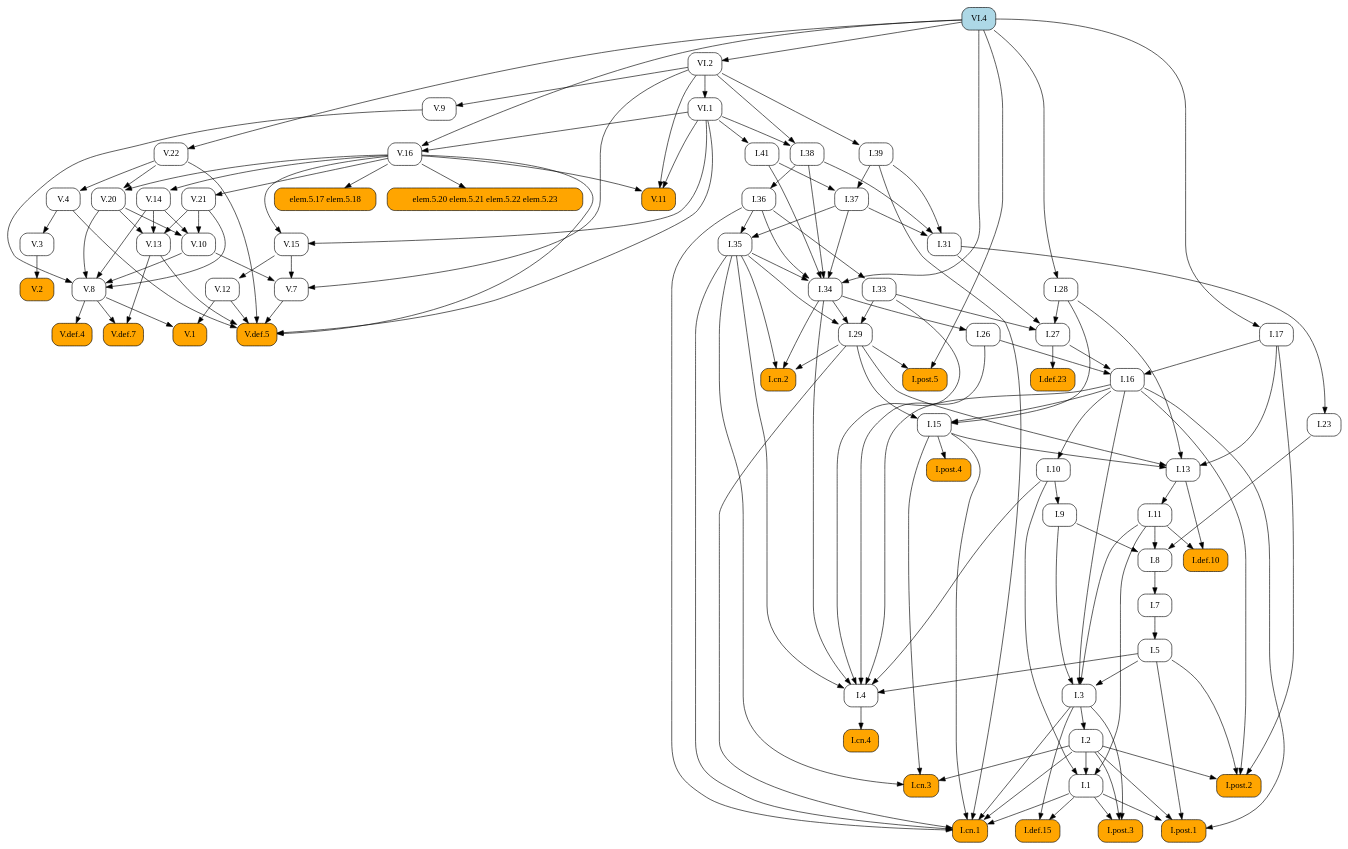
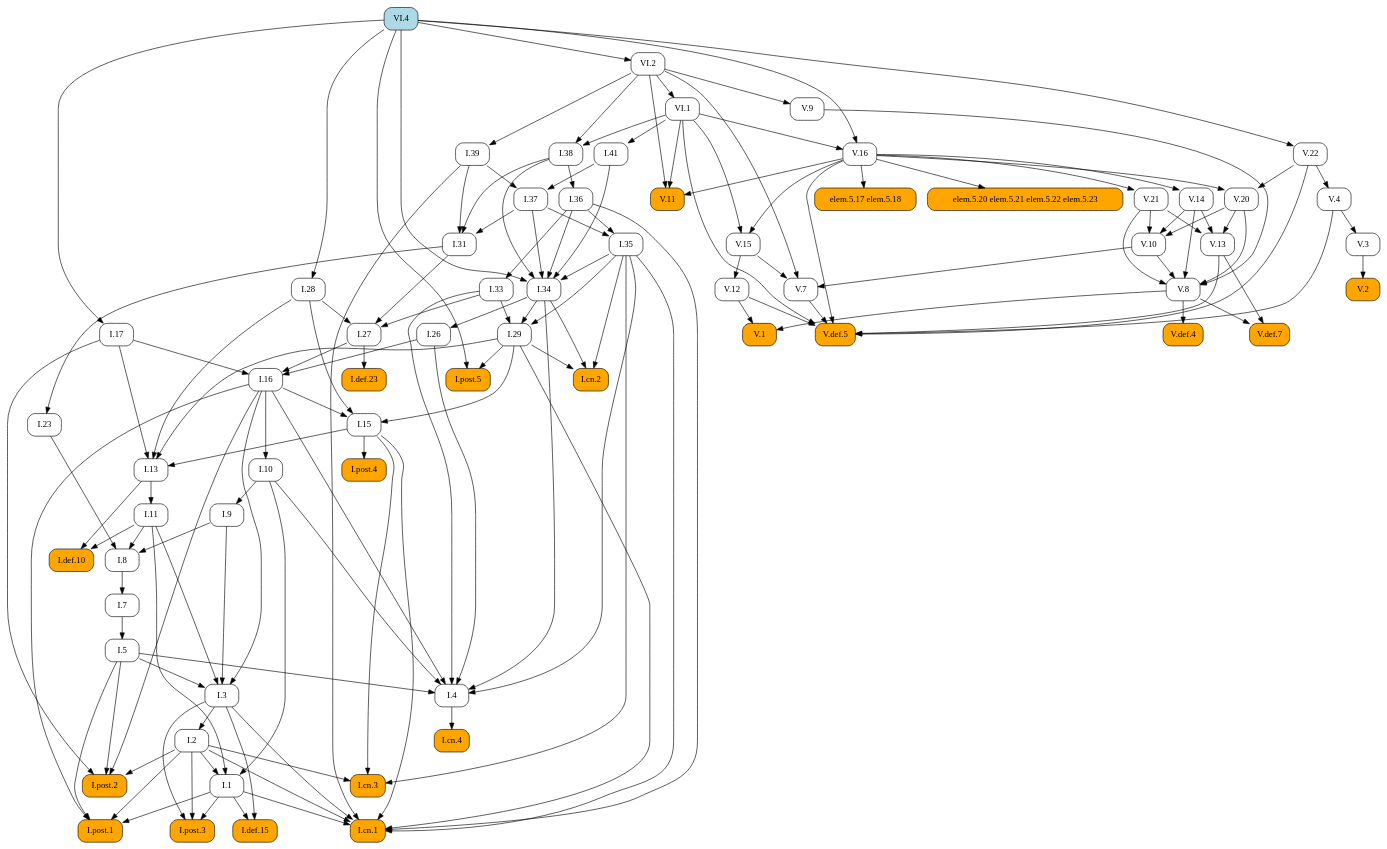
The diagram in docsrc/elements2/VI/4/index.rst (geometor/elements), drawn with Graphviz before and after one commit. The commit also changed other lines of this file and 409 other files, not shown here.

First line of the commit message:
feat: Add image cropping and graphic extraction script

```diff
--- a/docsrc/elements2/VI/4/index.rst
+++ b/docsrc/elements2/VI/4/index.rst
@@ -88,185 +88,91 @@
    digraph {
      rankdir="TB";
      node [shape=box, style=rounded];
-     "V.20" [URL="/elements2/V/20/", target="_top"];
+     "I.31" [URL="/elements2/I/31/", target="_top"];
+     "I.41" [URL="/elements2/I/41/", target="_top"];
+     "V.10" [URL="/elements2/V/10/", target="_top"];
      "I.8" [URL="/elements2/I/8/", target="_top"];
+     "I.15" [URL="/elements2/I/15/", target="_top"];
+     "VI.1" [URL="/elements2/VI/1/", target="_top"];
+     "V.8" [URL="/elements2/V/8/", target="_top"];
+     "I.26" [URL="/elements2/I/26/", target="_top"];
+     "I.cn.1" [style="rounded,filled", fillcolor=orange, URL="/elements2/I/cn.1/", target="_top"];
+     "elem.5.20 elem.5.21 elem.5.22 elem.5.23" [style="rounded,filled", fillcolor=orange];
+     "I.28" [URL="/elements2/I/28/", target="_top"];
+     "V.def.5" [style="rounded,filled", fillcolor=orange, URL="/elements2/V/def.5/", target="_top"];
+     "I.16" [URL="/elements2/I/16/", target="_top"];
+     "I.35" [URL="/elements2/I/35/", target="_top"];
+     "I.34" [URL="/elements2/I/34/", target="_top"];
+     "VI.4" [style="rounded,filled", fillcolor=lightblue, URL="/elements2/VI/4/", target="_top"];
+     "I.33" [URL="/elements2/I/33/", target="_top"];
+     "V.15" [URL="/elements2/V/15/", target="_top"];
+     "V.4" [URL="/elements2/V/4/", target="_top"];
+     "V.14" [URL="/elements2/V/14/", target="_top"];
+     "elem.5.17 elem.5.18" [style="rounded,filled", fillcolor=orange];
+     "V.3" [URL="/elements2/V/3/", target="_top"];
+     "I.def.15" [style="rounded,filled", fillcolor=orange, URL="/elements2/I/def.15/", target="_top"];
+     "I.11" [URL="/elements2/I/11/", target="_top"];
+     "V.11" [style="rounded,filled", fillcolor=orange, URL="/elements2/V/11/", target="_top"];
+     "I.cn.3" [style="rounded,filled", fillcolor=orange, URL="/elements2/I/cn.3/", target="_top"];
+     "I.9" [URL="/elements2/I/9/", target="_top"];
+     "I.29" [URL="/elements2/I/29/", target="_top"];
+     "V.13" [URL="/elements2/V/13/", target="_top"];
      "I.36" [URL="/elements2/I/36/", target="_top"];
-     "V.def.5" [style="rounded,filled", fillcolor=orange, URL="/elements2/V/def.5/", target="_top"];
-     "V.def.7" [style="rounded,filled", fillcolor=orange, URL="/elements2/V/def.7/", target="_top"];
-     "I.38" [URL="/elements2/I/38/", target="_top"];
-     "I.post.5" [style="rounded,filled", fillcolor=orange, URL="/elements2/I/post.5/", target="_top"];
-     "I.def.10" [style="rounded,filled", fillcolor=orange, URL="/elements2/I/def.10/", target="_top"];
-     "I.cn.2" [style="rounded,filled", fillcolor=orange, URL="/elements2/I/cn.2/", target="_top"];
-     "I.31" [URL="/elements2/I/31/", target="_top"];
-     "I.post.2" [style="rounded,filled", fillcolor=orange, URL="/elements2/I/post.2/", target="_top"];
-     "I.def.23" [style="rounded,filled", fillcolor=orange, URL="/elements2/I/def.23/", target="_top"];
-     "I.26" [URL="/elements2/I/26/", target="_top"];
-     "V.3" [URL="/elements2/V/3/", target="_top"];
-     "I.cn.3" [style="rounded,filled", fillcolor=orange, URL="/elements2/I/cn.3/", target="_top"];
-     "V.2" [style="rounded,filled", fillcolor=orange, URL="/elements2/V/2/", target="_top"];
-     "V.12" [URL="/elements2/V/12/", target="_top"];
-     "V.22" [URL="/elements2/V/22/", target="_top"];
-     "I.41" [URL="/elements2/I/41/", target="_top"];
-     "I.35" [URL="/elements2/I/35/", target="_top"];
-     "I.28" [URL="/elements2/I/28/", target="_top"];
-     "I.27" [URL="/elements2/I/27/", target="_top"];
-     "I.4" [URL="/elements2/I/4/", target="_top"];
-     "V.8" [URL="/elements2/V/8/", target="_top"];
-     "VI.2" [URL="/elements2/VI/2/", target="_top"];
-     "I.39" [URL="/elements2/I/39/", target="_top"];
-     "I.15" [URL="/elements2/I/15/", target="_top"];
-     "I.34" [URL="/elements2/I/34/", target="_top"];
-     "I.post.3" [style="rounded,filled", fillcolor=orange, URL="/elements2/I/post.3/", target="_top"];
      "I.post.1" [style="rounded,filled", fillcolor=orange, URL="/elements2/I/post.1/", target="_top"];
      "V.def.4" [style="rounded,filled", fillcolor=orange, URL="/elements2/V/def.4/", target="_top"];
-     "I.33" [URL="/elements2/I/33/", target="_top"];
+     "VI.2" [URL="/elements2/VI/2/", target="_top"];
+     "I.27" [URL="/elements2/I/27/", target="_top"];
+     "V.1" [style="rounded,filled", fillcolor=orange, URL="/elements2/V/1/", target="_top"];
+     "I.cn.4" [style="rounded,filled", fillcolor=orange, URL="/elements2/I/cn.4/", target="_top"];
+     "I.post.4" [style="rounded,filled", fillcolor=orange, URL="/elements2/I/post.4/", target="_top"];
+     "I.cn.2" [style="rounded,filled", fillcolor=orange, URL="/elements2/I/cn.2/", target="_top"];
+     "V.7" [URL="/elements2/V/7/", target="_top"];
+     "I.37" [URL="/elements2/I/37/", target="_top"];
+     "V.21" [URL="/elements2/V/21/", target="_top"];
      "I.5" [URL="/elements2/I/5/", target="_top"];
-     "elem.5.17 elem.5.18" [style="rounded,filled", fillcolor=orange];
-     "VI.1" [URL="/elements2/VI/1/", target="_top"];
-     "V.11" [style="rounded,filled", fillcolor=orange, URL="/elements2/V/11/", target="_top"];
-     "V.13" [URL="/elements2/V/13/", target="_top"];
+     "V.def.7" [style="rounded,filled", fillcolor=orange, URL="/elements2/V/def.7/", target="_top"];
+     "I.17" [URL="/elements2/I/17/", target="_top"];
+     "V.12" [URL="/elements2/V/12/", target="_top"];
+     "I.7" [URL="/elements2/I/7/", target="_top"];
+     "I.23" [URL="/elements2/I/23/", target="_top"];
      "V.9" [URL="/elements2/V/9/", target="_top"];
+     "V.2" [style="rounded,filled", fillcolor=orange, URL="/elements2/V/2/", target="_top"];
+     "I.38" [URL="/elements2/I/38/", target="_top"];
+     "V.20" [URL="/elements2/V/20/", target="_top"];
+     "I.def.10" [style="rounded,filled", fillcolor=orange, URL="/elements2/I/def.10/", target="_top"];
+     "I.def.23" [style="rounded,filled", fillcolor=orange, URL="/elements2/I/def.23/", target="_top"];
      "V.16" [URL="/elements2/V/16/", target="_top"];
-     "I.def.15" [style="rounded,filled", fillcolor=orange, URL="/elements2/I/def.15/", target="_top"];
-     "V.15" [URL="/elements2/V/15/", target="_top"];
-     "I.11" [URL="/elements2/I/11/", target="_top"];
+     "I.post.5" [style="rounded,filled", fillcolor=orange, URL="/elements2/I/post.5/", target="_top"];
      "I.3" [URL="/elements2/I/3/", target="_top"];
-     "V.14" [URL="/elements2/V/14/", target="_top"];
-     "V.10" [URL="/elements2/V/10/", target="_top"];
-     "VI.4" [style="rounded,filled", fillcolor=lightblue, URL="/elements2/VI/4/", target="_top"];
+     "I.10" [URL="/elements2/I/10/", target="_top"];
+     "I.13" [URL="/elements2/I/13/", target="_top"];
+     "I.4" [URL="/elements2/I/4/", target="_top"];
+     "I.post.3" [style="rounded,filled", fillcolor=orange, URL="/elements2/I/post.3/", target="_top"];
+     "I.39" [URL="/elements2/I/39/", target="_top"];
+     "I.2" [URL="/elements2/I/2/", target="_top"];
      "I.1" [URL="/elements2/I/1/", target="_top"];
-     "I.cn.4" [style="rounded,filled", fillcolor=orange, URL="/elements2/I/cn.4/", target="_top"];
-     "I.7" [URL="/elements2/I/7/", target="_top"];
-     "I.17" [URL="/elements2/I/17/", target="_top"];
-     "I.9" [URL="/elements2/I/9/", target="_top"];
-     "V.7" [URL="/elements2/V/7/", target="_top"];
-     "I.cn.1" [style="rounded,filled", fillcolor=orange, URL="/elements2/I/cn.1/", target="_top"];
-     "I.29" [URL="/elements2/I/29/", target="_top"];
-     "I.16" [URL="/elements2/I/16/", target="_top"];
-     "V.21" [URL="/elements2/V/21/", target="_top"];
-     "I.13" [URL="/elements2/I/13/", target="_top"];
-     "elem.5.20 elem.5.21 elem.5.22 elem.5.23" [style="rounded,filled", fillcolor=orange];
-     "I.post.4" [style="rounded,filled", fillcolor=orange, URL="/elements2/I/post.4/", target="_top"];
-     "V.1" [style="rounded,filled", fillcolor=orange, URL="/elements2/V/1/", target="_top"];
-     "I.2" [URL="/elements2/I/2/", target="_top"];
-     "I.37" [URL="/elements2/I/37/", target="_top"];
-     "I.10" [URL="/elements2/I/10/", target="_top"];
-     "I.23" [URL="/elements2/I/23/", target="_top"];
-     "V.4" [URL="/elements2/V/4/", target="_top"];
-     "V.16" -> "V.20";
-     "V.22" -> "V.20";
+     "I.post.2" [style="rounded,filled", fillcolor=orange, URL="/elements2/I/post.2/", target="_top"];
+     "V.22" [URL="/elements2/V/22/", target="_top"];
+     "I.37" -> "I.31";
+     "I.38" -> "I.31";
+     "I.39" -> "I.31";
+     "VI.1" -> "I.41";
+     "V.14" -> "V.10";
+     "V.20" -> "V.10";
+     "V.21" -> "V.10";
      "I.9" -> "I.8";
      "I.11" -> "I.8";
      "I.23" -> "I.8";
-     "I.38" -> "I.36";
-     "V.4" -> "V.def.5";
-     "V.7" -> "V.def.5";
-     "V.12" -> "V.def.5";
-     "V.13" -> "V.def.5";
-     "V.16" -> "V.def.5";
-     "V.22" -> "V.def.5";
-     "VI.1" -> "V.def.5";
-     "V.8" -> "V.def.7";
-     "V.13" -> "V.def.7";
-     "VI.1" -> "I.38";
-     "VI.2" -> "I.38";
-     "I.29" -> "I.post.5";
-     "VI.4" -> "I.post.5";
-     "I.11" -> "I.def.10";
-     "I.13" -> "I.def.10";
-     "I.29" -> "I.cn.2";
-     "I.34" -> "I.cn.2";
-     "I.35" -> "I.cn.2";
-     "I.37" -> "I.31";
-     "I.38" -> "I.31";
-     "I.39" -> "I.31";
-     "I.2" -> "I.post.2";
-     "I.5" -> "I.post.2";
-     "I.16" -> "I.post.2";
-     "I.17" -> "I.post.2";
-     "I.27" -> "I.def.23";
-     "I.34" -> "I.26";
-     "V.4" -> "V.3";
-     "I.2" -> "I.cn.3";
-     "I.15" -> "I.cn.3";
-     "I.35" -> "I.cn.3";
-     "V.3" -> "V.2";
-     "V.15" -> "V.12";
-     "VI.4" -> "V.22";
-     "VI.1" -> "I.41";
-     "I.36" -> "I.35";
-     "I.37" -> "I.35";
-     "VI.4" -> "I.28";
-     "I.28" -> "I.27";
-     "I.31" -> "I.27";
-     "I.33" -> "I.27";
-     "I.5" -> "I.4";
-     "I.10" -> "I.4";
-     "I.16" -> "I.4";
-     "I.26" -> "I.4";
-     "I.33" -> "I.4";
-     "I.34" -> "I.4";
-     "I.35" -> "I.4";
+     "I.16" -> "I.15";
+     "I.28" -> "I.15";
+     "I.29" -> "I.15";
+     "VI.2" -> "VI.1";
      "V.9" -> "V.8";
      "V.10" -> "V.8";
      "V.14" -> "V.8";
      "V.20" -> "V.8";
      "V.21" -> "V.8";
-     "VI.4" -> "VI.2";
-     "VI.2" -> "I.39";
-     "I.16" -> "I.15";
-     "I.28" -> "I.15";
-     "I.29" -> "I.15";
-     "I.35" -> "I.34";
-     "I.36" -> "I.34";
-     "I.37" -> "I.34";
-     "I.38" -> "I.34";
-     "I.41" -> "I.34";
-     "VI.4" -> "I.34";
-     "I.1" -> "I.post.3";
-     "I.2" -> "I.post.3";
-     "I.3" -> "I.post.3";
-     "I.1" -> "I.post.1";
-     "I.2" -> "I.post.1";
-     "I.5" -> "I.post.1";
-     "I.16" -> "I.post.1";
-     "V.8" -> "V.def.4";
-     "I.36" -> "I.33";
-     "I.7" -> "I.5";
-     "V.16" -> "elem.5.17 elem.5.18";
-     "VI.2" -> "VI.1";
-     "V.16" -> "V.11";
-     "VI.1" -> "V.11";
-     "VI.2" -> "V.11";
-     "V.14" -> "V.13";
-     "V.20" -> "V.13";
-     "V.21" -> "V.13";
-     "VI.2" -> "V.9";
-     "VI.1" -> "V.16";
-     "VI.4" -> "V.16";
-     "I.1" -> "I.def.15";
-     "I.3" -> "I.def.15";
-     "V.16" -> "V.15";
-     "VI.1" -> "V.15";
-     "I.13" -> "I.11";
-     "I.5" -> "I.3";
-     "I.9" -> "I.3";
-     "I.11" -> "I.3";
-     "I.16" -> "I.3";
-     "V.16" -> "V.14";
-     "V.14" -> "V.10";
-     "V.20" -> "V.10";
-     "V.21" -> "V.10";
-     "I.2" -> "I.1";
-     "I.10" -> "I.1";
-     "I.11" -> "I.1";
-     "I.4" -> "I.cn.4";
-     "I.8" -> "I.7";
-     "VI.4" -> "I.17";
-     "I.10" -> "I.9";
-     "V.10" -> "V.7";
-     "V.15" -> "V.7";
-     "VI.2" -> "V.7";
+     "I.34" -> "I.26";
      "I.1" -> "I.cn.1";
      "I.2" -> "I.cn.1";
      "I.3" -> "I.cn.1";
@@ -275,25 +181,119 @@
      "I.35" -> "I.cn.1";
      "I.36" -> "I.cn.1";
      "I.39" -> "I.cn.1";
+     "V.16" -> "elem.5.20 elem.5.21 elem.5.22 elem.5.23";
+     "VI.4" -> "I.28";
+     "V.4" -> "V.def.5";
+     "V.7" -> "V.def.5";
+     "V.12" -> "V.def.5";
+     "V.13" -> "V.def.5";
+     "V.16" -> "V.def.5";
+     "V.22" -> "V.def.5";
+     "VI.1" -> "V.def.5";
+     "I.17" -> "I.16";
+     "I.26" -> "I.16";
+     "I.27" -> "I.16";
+     "I.36" -> "I.35";
+     "I.37" -> "I.35";
+     "I.35" -> "I.34";
+     "I.36" -> "I.34";
+     "I.37" -> "I.34";
+     "I.38" -> "I.34";
+     "I.41" -> "I.34";
+     "VI.4" -> "I.34";
+     "I.36" -> "I.33";
+     "V.16" -> "V.15";
+     "VI.1" -> "V.15";
+     "V.22" -> "V.4";
+     "V.16" -> "V.14";
+     "V.16" -> "elem.5.17 elem.5.18";
+     "V.4" -> "V.3";
+     "I.1" -> "I.def.15";
+     "I.3" -> "I.def.15";
+     "I.13" -> "I.11";
+     "V.16" -> "V.11";
+     "VI.1" -> "V.11";
+     "VI.2" -> "V.11";
+     "I.2" -> "I.cn.3";
+     "I.15" -> "I.cn.3";
+     "I.35" -> "I.cn.3";
+     "I.10" -> "I.9";
      "I.33" -> "I.29";
      "I.34" -> "I.29";
      "I.35" -> "I.29";
-     "I.17" -> "I.16";
-     "I.26" -> "I.16";
-     "I.27" -> "I.16";
+     "V.14" -> "V.13";
+     "V.20" -> "V.13";
+     "V.21" -> "V.13";
+     "I.38" -> "I.36";
+     "I.1" -> "I.post.1";
+     "I.2" -> "I.post.1";
+     "I.5" -> "I.post.1";
+     "I.16" -> "I.post.1";
+     "V.8" -> "V.def.4";
+     "VI.4" -> "VI.2";
+     "I.28" -> "I.27";
+     "I.31" -> "I.27";
+     "I.33" -> "I.27";
+     "V.8" -> "V.1";
+     "V.12" -> "V.1";
+     "I.4" -> "I.cn.4";
+     "I.15" -> "I.post.4";
+     "I.29" -> "I.cn.2";
+     "I.34" -> "I.cn.2";
+     "I.35" -> "I.cn.2";
+     "V.10" -> "V.7";
+     "V.15" -> "V.7";
+     "VI.2" -> "V.7";
+     "I.39" -> "I.37";
+     "I.41" -> "I.37";
      "V.16" -> "V.21";
+     "I.7" -> "I.5";
+     "V.8" -> "V.def.7";
+     "V.13" -> "V.def.7";
+     "VI.4" -> "I.17";
+     "V.15" -> "V.12";
+     "I.8" -> "I.7";
+     "I.31" -> "I.23";
+     "VI.2" -> "V.9";
+     "V.3" -> "V.2";
+     "VI.1" -> "I.38";
+     "VI.2" -> "I.38";
+     "V.16" -> "V.20";
+     "V.22" -> "V.20";
+     "I.11" -> "I.def.10";
+     "I.13" -> "I.def.10";
+     "I.27" -> "I.def.23";
+     "VI.1" -> "V.16";
+     "VI.4" -> "V.16";
+     "I.29" -> "I.post.5";
+     "VI.4" -> "I.post.5";
+     "I.5" -> "I.3";
+     "I.9" -> "I.3";
+     "I.11" -> "I.3";
+     "I.16" -> "I.3";
+     "I.16" -> "I.10";
      "I.15" -> "I.13";
      "I.17" -> "I.13";
      "I.28" -> "I.13";
      "I.29" -> "I.13";
-     "V.16" -> "elem.5.20 elem.5.21 elem.5.22 elem.5.23";
-     "I.15" -> "I.post.4";
-     "V.8" -> "V.1";
-     "V.12" -> "V.1";
+     "I.5" -> "I.4";
+     "I.10" -> "I.4";
+     "I.16" -> "I.4";
+     "I.26" -> "I.4";
+     "I.33" -> "I.4";
+     "I.34" -> "I.4";
+     "I.35" -> "I.4";
+     "I.1" -> "I.post.3";
+     "I.2" -> "I.post.3";
+     "I.3" -> "I.post.3";
+     "VI.2" -> "I.39";
      "I.3" -> "I.2";
-     "I.39" -> "I.37";
-     "I.41" -> "I.37";
-     "I.16" -> "I.10";
-     "I.31" -> "I.23";
-     "V.22" -> "V.4";
+     "I.2" -> "I.1";
+     "I.10" -> "I.1";
+     "I.11" -> "I.1";
+     "I.2" -> "I.post.2";
+     "I.5" -> "I.post.2";
+     "I.16" -> "I.post.2";
+     "I.17" -> "I.post.2";
+     "VI.4" -> "V.22";
    }
```
